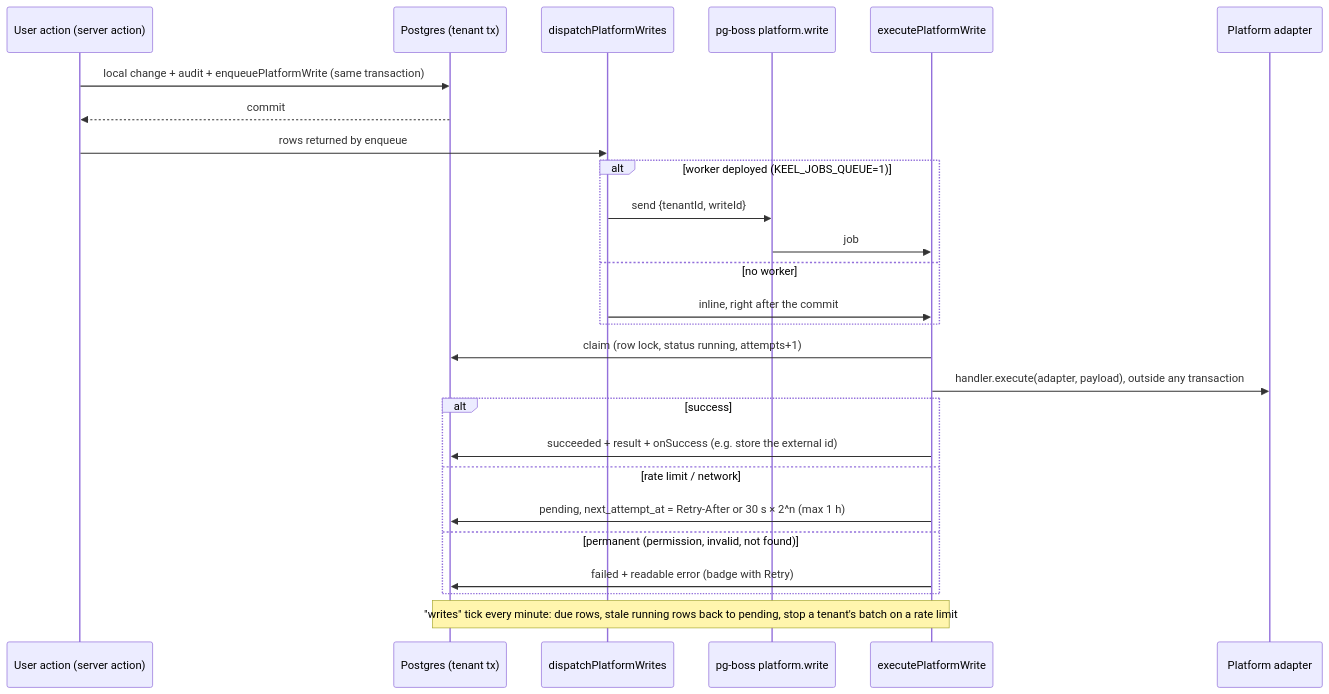
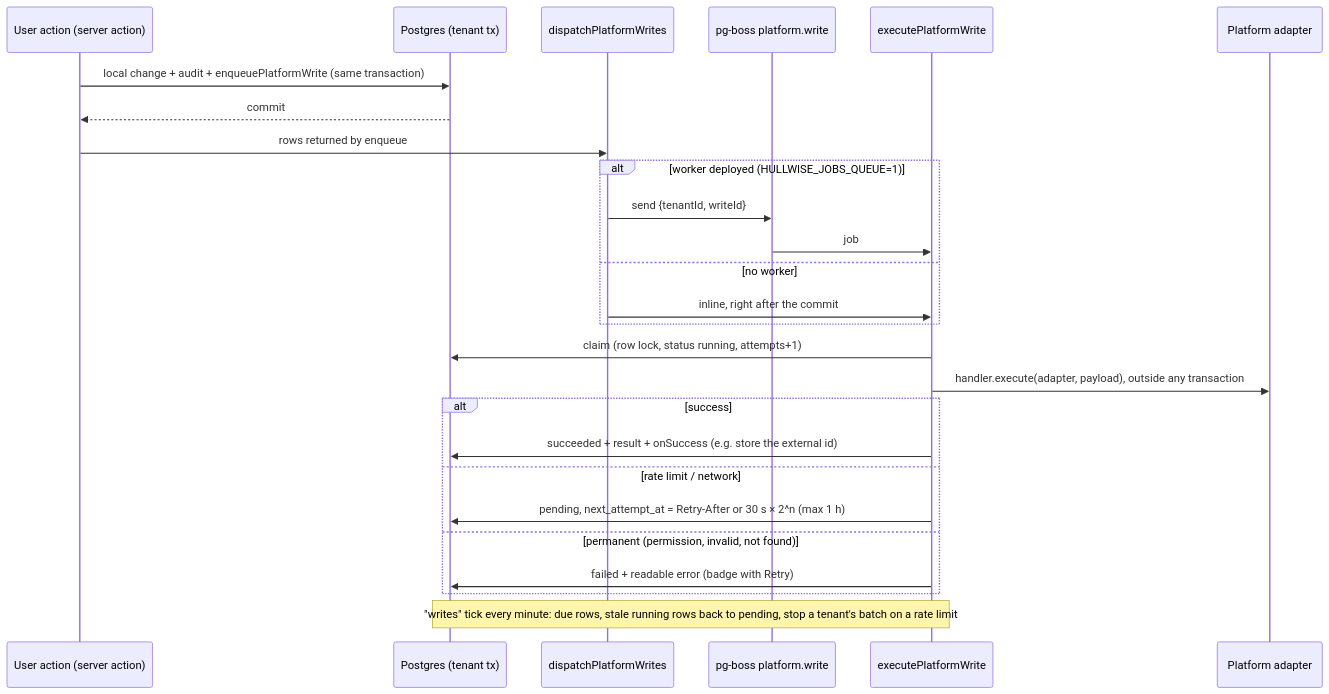
Before and after one commit to Federico1927/keel: the fourth of 6 diagrams in docs/ARCHITECTURE.md, drawn with Mermaid. The commit also changed other lines of this file and 854 other files, not shown here.

````diff
--- a/docs/ARCHITECTURE.md
+++ b/docs/ARCHITECTURE.md
@@ -197,28 +210,28 @@
 ```mermaid
 sequenceDiagram
   participant U as User action (server action)
   participant DB as Postgres (tenant tx)
   participant D as dispatchPlatformWrites
   participant Q as pg-boss platform.write
   participant X as executePlatformWrite
   participant P as Platform adapter
   U->>DB: local change + audit + enqueuePlatformWrite (same transaction)
   DB-->>U: commit
   U->>D: rows returned by enqueue
-  alt worker deployed (KEEL_JOBS_QUEUE=1)
+  alt worker deployed (HULLWISE_JOBS_QUEUE=1)
     D->>Q: send {tenantId, writeId}
     Q->>X: job
   else no worker
     D->>X: inline, right after the commit
   end
   X->>DB: claim (row lock, status running, attempts+1)
   X->>P: handler.execute(adapter, payload), outside any transaction
   alt success
     X->>DB: succeeded + result + onSuccess (e.g. store the external id)
   else rate limit / network
     X->>DB: pending, next_attempt_at = Retry-After or 30 s × 2^n (max 1 h)
   else permanent (permission, invalid, not found)
     X->>DB: failed + readable error (badge with Retry)
   end
   Note over X,DB: "writes" tick every minute: due rows, stale running rows back to pending, stop a tenant's batch on a rate limit
 ```
````
